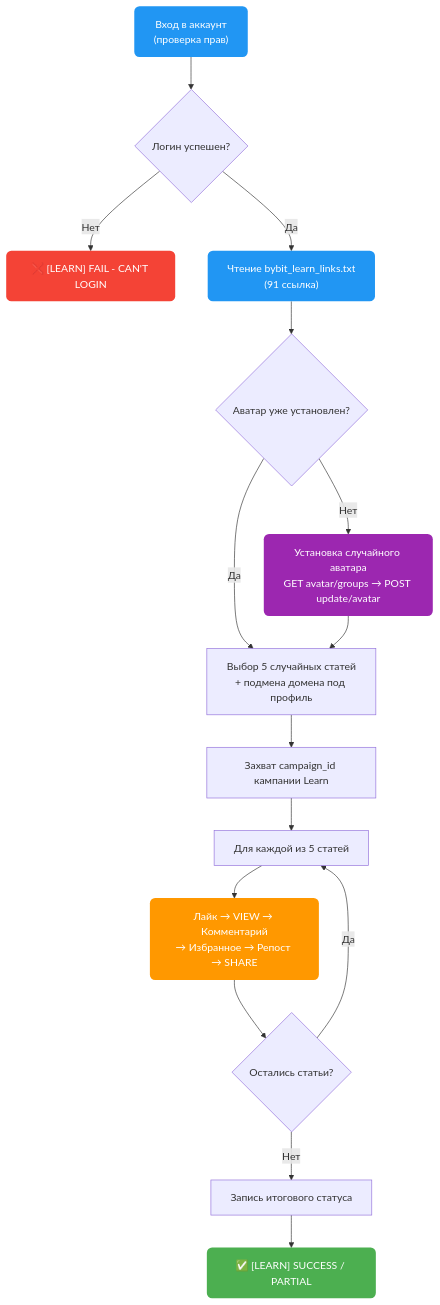
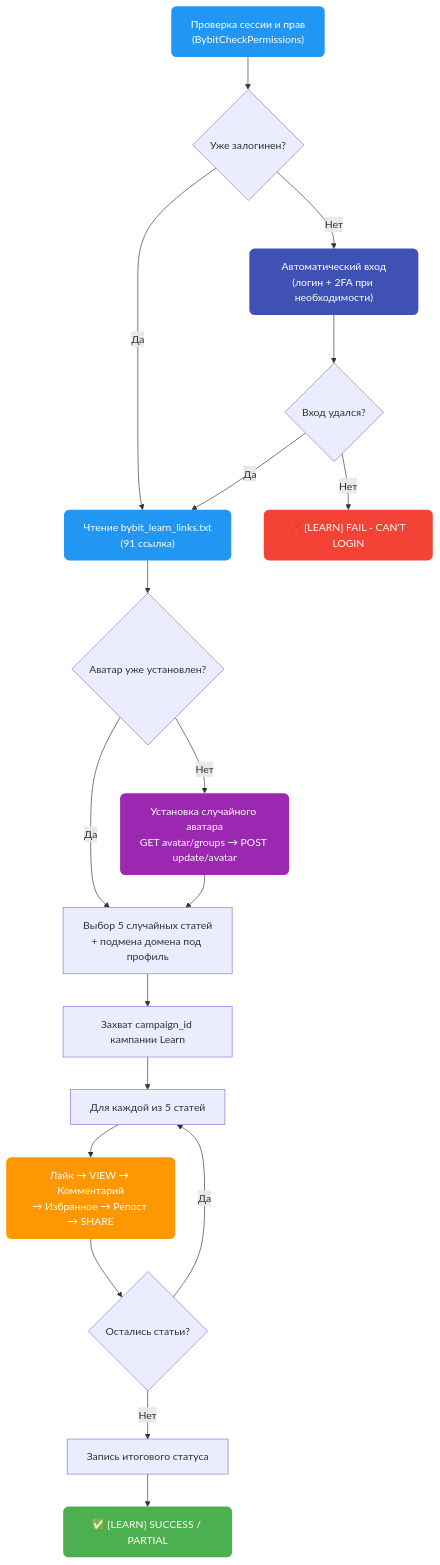
Before and after one commit to AutoPilotSoftware/docs: diagram 11 of 13 in src/content/docs/exchanges/bybit-autopilot.md, drawn with Mermaid. The commit also changed other lines of this file and 2 other files, not shown here.

Commit message:
docs(bybit): learn — diagram shows smart auto-login (not just login-check) (ru/en/ua)
BybitCheckPermissions/BybitCheckVerification auto-runs the login flow (incl. 2FA)
when the profile isn't logged in; [LEARN] FAIL - CAN'T LOGIN only if that
auto-login fails. The old diagram implied 'not logged in -> FAIL'. Added an
explicit Auto sign-in -> Sign-in succeeded? branch and clarified the Requires row.

````diff
--- a/src/content/docs/exchanges/bybit-autopilot.md
+++ b/src/content/docs/exchanges/bybit-autopilot.md
@@ -526,24 +526,28 @@
 ```mermaid
 flowchart TD
-    A["Вход в аккаунт<br/>(проверка прав)"] --> B{"Логин успешен?"}
-    B -- "Нет" --> X["❌ [LEARN] FAIL - CAN'T LOGIN"]
+    A["Проверка сессии и прав<br/>(BybitCheckPermissions)"] --> B{"Уже залогинен?"}
     B -- "Да" --> C["Чтение bybit_learn_links.txt<br/>(91 ссылка)"]
+    B -- "Нет" --> L["Автоматический вход<br/>(логин + 2FA при необходимости)"]
+    L --> M{"Вход удался?"}
+    M -- "Нет" --> X["❌ [LEARN] FAIL - CAN'T LOGIN"]
+    M -- "Да" --> C
     C --> D{"Аватар уже установлен?"}
     D -- "Да" --> F["Выбор 5 случайных статей<br/>+ подмена домена под профиль"]
     D -- "Нет" --> E["Установка случайного аватара<br/>GET avatar/groups → POST update/avatar"]
     E --> F
     F --> G["Захват campaign_id кампании Learn"]
     G --> H["Для каждой из 5 статей"]
     H --> I["Лайк → VIEW → Комментарий<br/>→ Избранное → Репост → SHARE"]
     I --> J{"Остались статьи?"}
     J -- "Да" --> H
     J -- "Нет" --> K["Запись итогового статуса"]
     K --> S["✅ [LEARN] SUCCESS / PARTIAL"]
 
     style A fill:#2196F3,color:#fff,stroke:none,rx:8
     style C fill:#2196F3,color:#fff,stroke:none,rx:8
+    style L fill:#3F51B5,color:#fff,stroke:none,rx:8
     style E fill:#9C27B0,color:#fff,stroke:none,rx:8
     style I fill:#FF9800,color:#fff,stroke:none,rx:8
     style S fill:#4CAF50,color:#fff,stroke:none,rx:8
     style X fill:#F44336,color:#fff,stroke:none,rx:8
 ```
````
